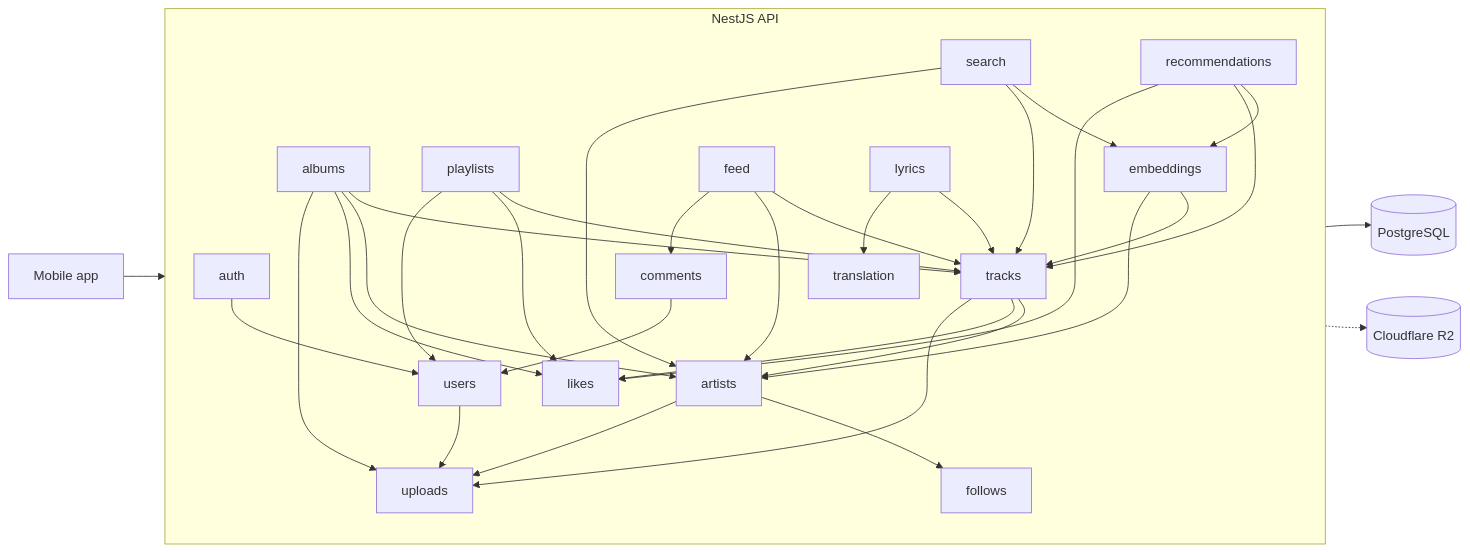
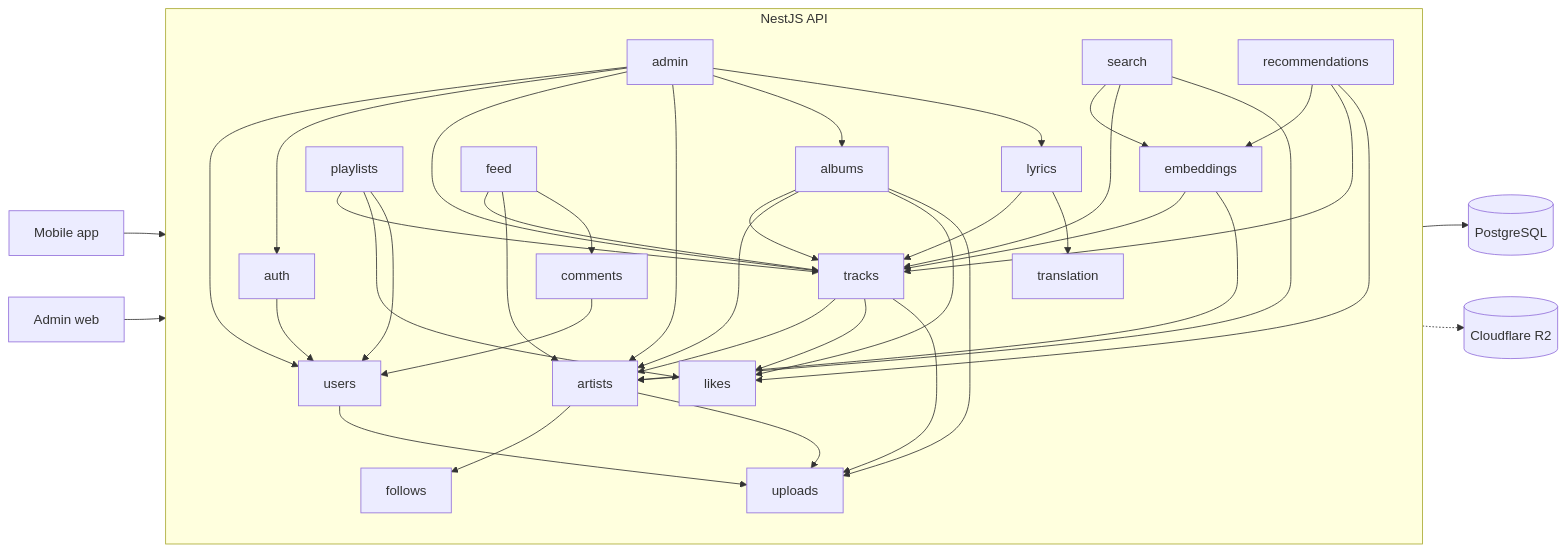
The first of 5 diagrams in README.md (vinhmai2109551/music-stream-app), drawn with Mermaid before and after one commit. The commit also changed other lines of this file and 152 other files, not shown here.

````diff
--- a/README.md
+++ b/README.md
@@ -199,37 +202,44 @@
 ```mermaid
 flowchart LR
   Mobile[Mobile app] --> API
+  Admin[Admin web] --> API
   subgraph API[NestJS API]
     direction TB
+    admin --> users
+    admin --> auth
+    admin --> tracks
+    admin --> artists
+    admin --> albums
+    admin --> lyrics
     auth --> users
     artists --> follows
     artists --> uploads
     tracks --> artists
     tracks --> likes
     tracks --> uploads
     albums --> tracks
     albums --> artists
     albums --> likes
     albums --> uploads
     playlists --> tracks
     playlists --> likes
     playlists --> users
     comments --> users
     users --> uploads
     embeddings --> tracks
     embeddings --> artists
     search --> embeddings
     search --> tracks
     search --> artists
     recommendations --> embeddings
     recommendations --> tracks
     recommendations --> likes
     feed --> tracks
     feed --> artists
     feed --> comments
     lyrics --> tracks
     lyrics --> translation
   end
   API --> DB[(PostgreSQL)]
   API -.-> R2[(Cloudflare R2)]
 ```
````
